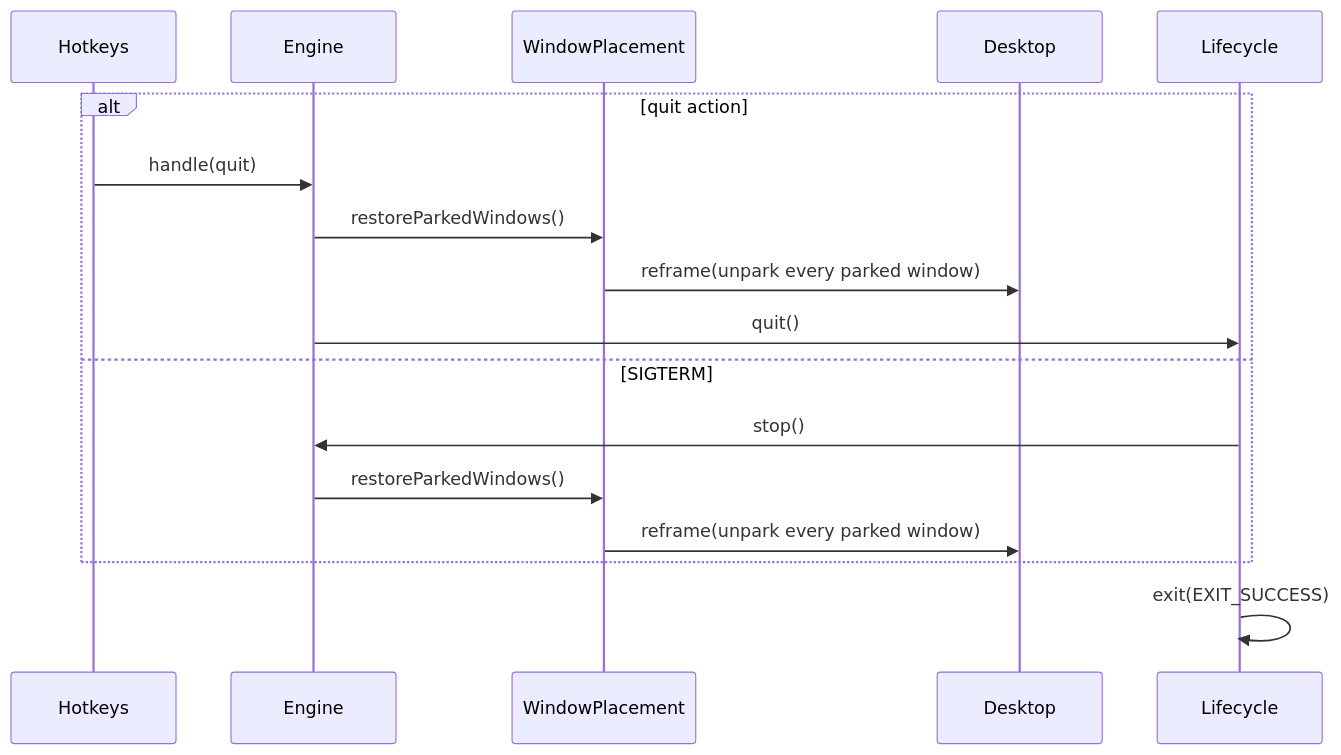
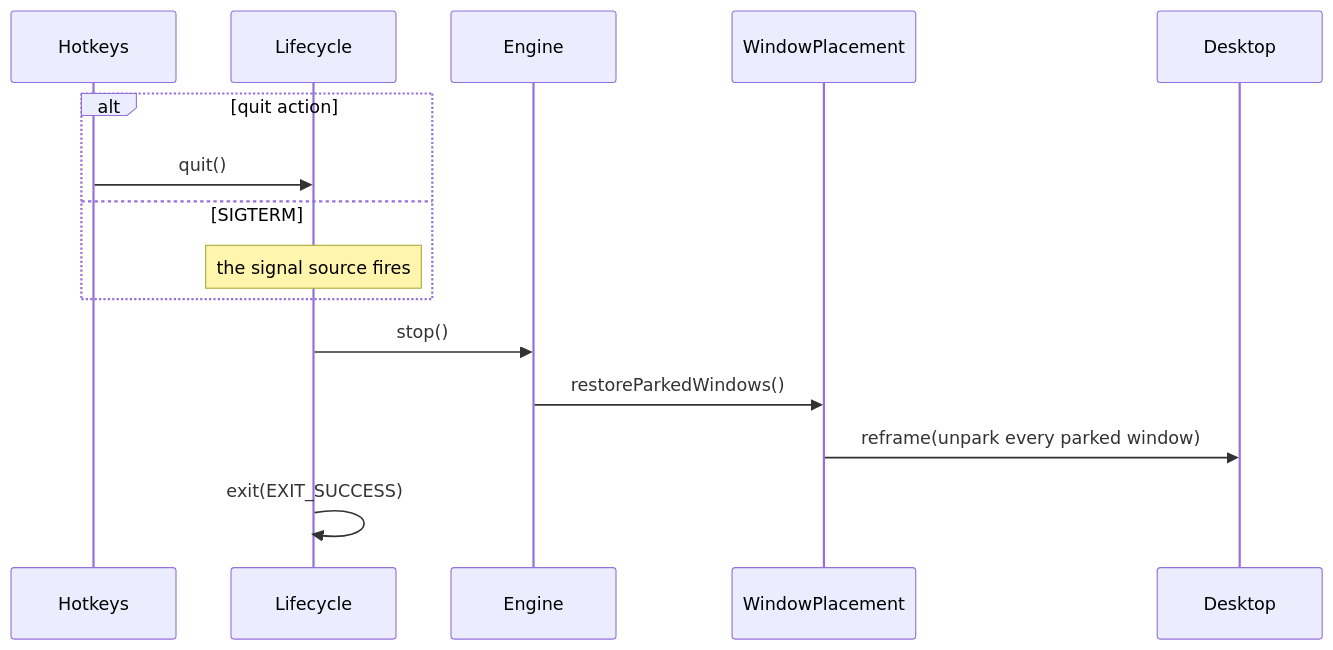
Diagram 15 of 19 in ARCHITECTURE.md (brennovich/ottowm), drawn with Mermaid before and after one commit. The commit also changed other lines of this file and 15 other files, not shown here.

First line of the commit message:
Keep lifecycle commands out of the Engine

````diff
--- a/ARCHITECTURE.md
+++ b/ARCHITECTURE.md
@@ -376,14 +376,12 @@
 ```mermaid
 sequenceDiagram
     alt quit action
-        Hotkeys->>Engine: handle(quit)
-        Engine->>WindowPlacement: restoreParkedWindows()
-        WindowPlacement->>Desktop: reframe(unpark every parked window)
-        Engine->>Lifecycle: quit()
+        Hotkeys->>Lifecycle: quit()
     else SIGTERM
-        Lifecycle->>Engine: stop()
-        Engine->>WindowPlacement: restoreParkedWindows()
-        WindowPlacement->>Desktop: reframe(unpark every parked window)
+        Note over Lifecycle: the signal source fires
     end
+    Lifecycle->>Engine: stop()
+    Engine->>WindowPlacement: restoreParkedWindows()
+    WindowPlacement->>Desktop: reframe(unpark every parked window)
     Lifecycle->>Lifecycle: exit(EXIT_SUCCESS)
 ```
````
